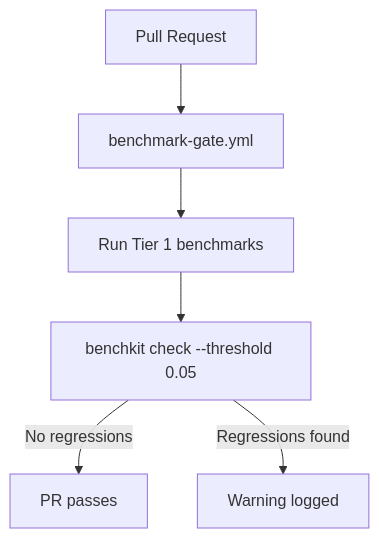
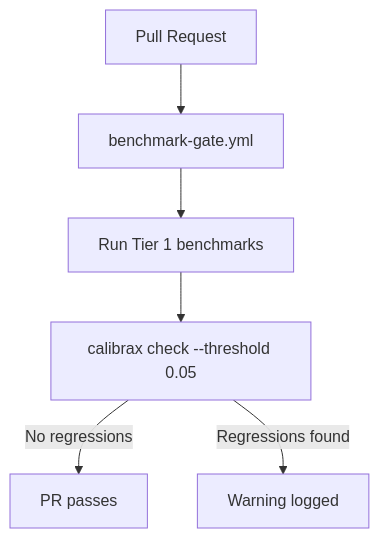
Before and after one commit to avitai/datarax: the second of 3 diagrams in docs/benchmarks/dashboard.md, drawn with Mermaid. The commit also changed other lines of this file and 223 other files, not shown here.

````diff
--- a/docs/benchmarks/dashboard.md
+++ b/docs/benchmarks/dashboard.md
@@ -245,8 +245,8 @@
 ```mermaid
 graph TD
     PR[Pull Request] --> CI[benchmark-gate.yml]
     CI --> T1[Run Tier 1 benchmarks]
-    T1 --> CK[benchkit check --threshold 0.05]
+    T1 --> CK[calibrax check --threshold 0.05]
     CK -->|No regressions| PASS[PR passes]
     CK -->|Regressions found| WARN[Warning logged]
 ```
````
